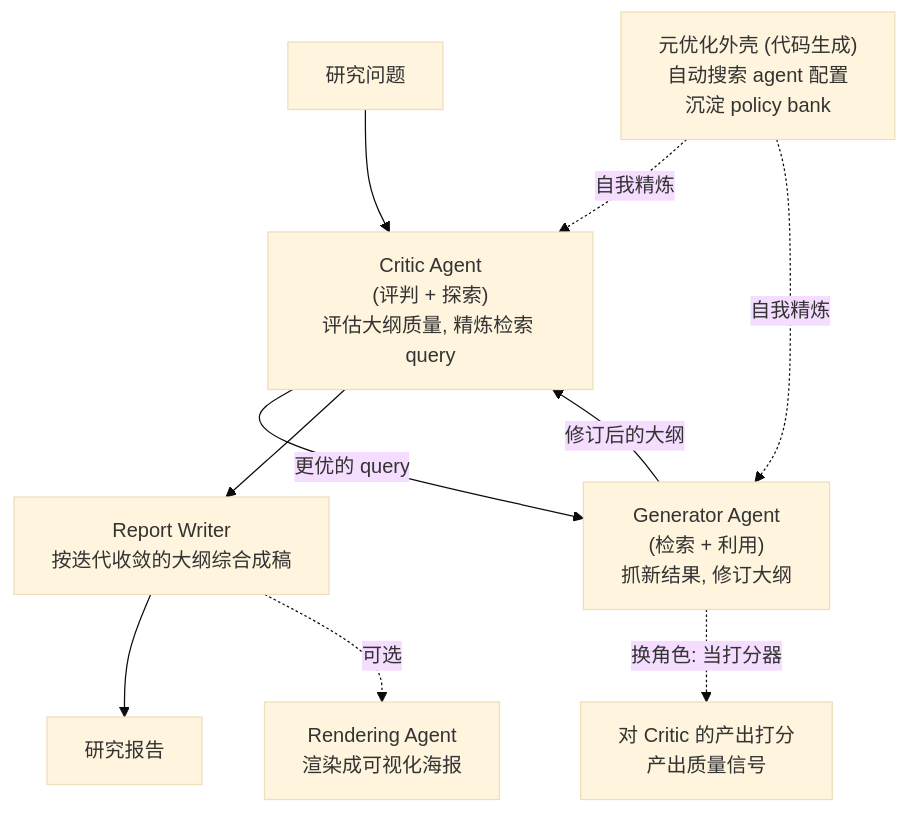
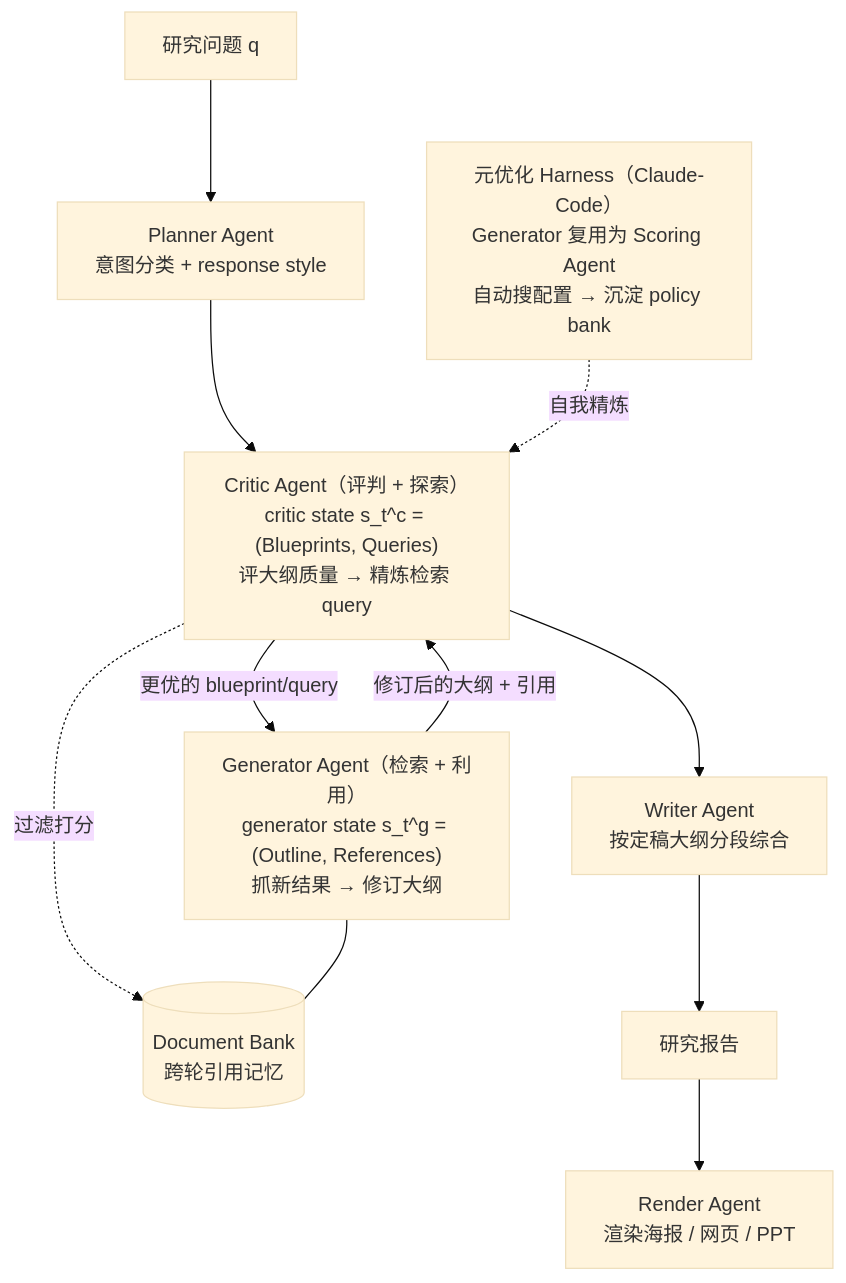
One commit to zhoujx4/llm-atlas changed the diagram in docs/agent/deep-research/agentdisco.md. Above: the diagram before and after it, drawn with Mermaid (base theme). The commit also changed other lines of this file and 156 other files, not shown here.

First line of the commit message:
docs: 论文页按规范批量重排+配图，新增 Harness 工程演进四页

````diff
--- a/docs/agent/deep-research/agentdisco.md
+++ b/docs/agent/deep-research/agentdisco.md
@@ -20,13 +49,13 @@
 ```mermaid
 flowchart TD
-    Q[研究问题] --> C["Critic Agent<br/>(评判 + 探索)<br/>评估大纲质量, 精炼检索 query"]
-    C -->|更优的 query| G["Generator Agent<br/>(检索 + 利用)<br/>抓新结果, 修订大纲"]
-    G -->|修订后的大纲| C
-    G -.换角色: 当打分器.-> SC["对 Critic 的产出打分<br/>产出质量信号"]
-    C --> W[Report Writer<br/>按迭代收敛的大纲综合成稿]
+    Q[研究问题 q] --> P["Planner Agent<br/>意图分类 + response style"]
+    P --> C["Critic Agent（评判 + 探索）<br/>critic state s_t^c = (Blueprints, Queries)<br/>评大纲质量 → 精炼检索 query"]
+    C -->|更优的 blueprint/query| G["Generator Agent（检索 + 利用）<br/>generator state s_t^g = (Outline, References)<br/>抓新结果 → 修订大纲"]
+    G -->|修订后的大纲 + 引用| C
+    C -.过滤打分.-> DB[(Document Bank<br/>跨轮引用记忆)]
+    G --- DB
+    C --> W["Writer Agent<br/>按定稿大纲分段综合"]
     W --> O[研究报告]
-    W -.可选.-> R[Rendering Agent<br/>渲染成可视化海报]
-
-    META["元优化外壳 (代码生成)<br/>自动搜索 agent 配置<br/>沉淀 policy bank"] -.自我精炼.-> C
-    META -.自我精炼.-> G
+    O --> R["Render Agent<br/>渲染海报 / 网页 / PPT"]
+    META["元优化 Harness（Claude-Code）<br/>Generator 复用为 Scoring Agent<br/>自动搜配置 → 沉淀 policy bank"] -.自我精炼.-> C
 ```
````
